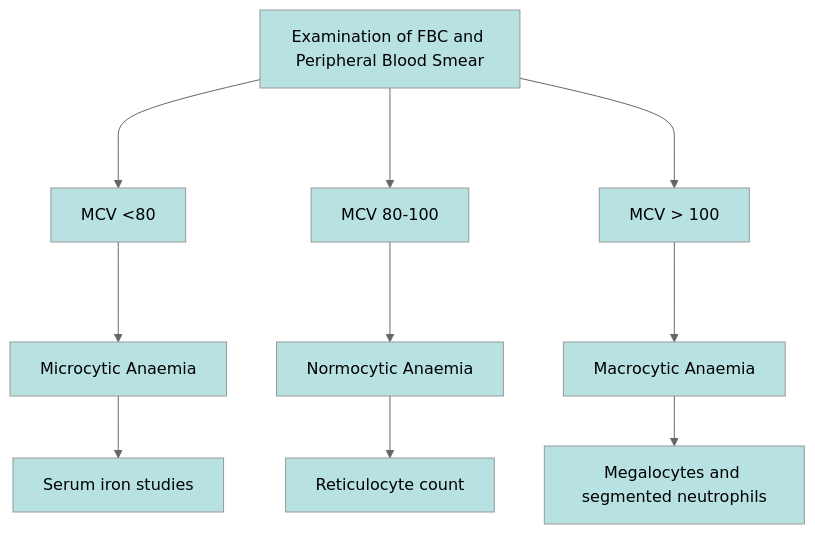
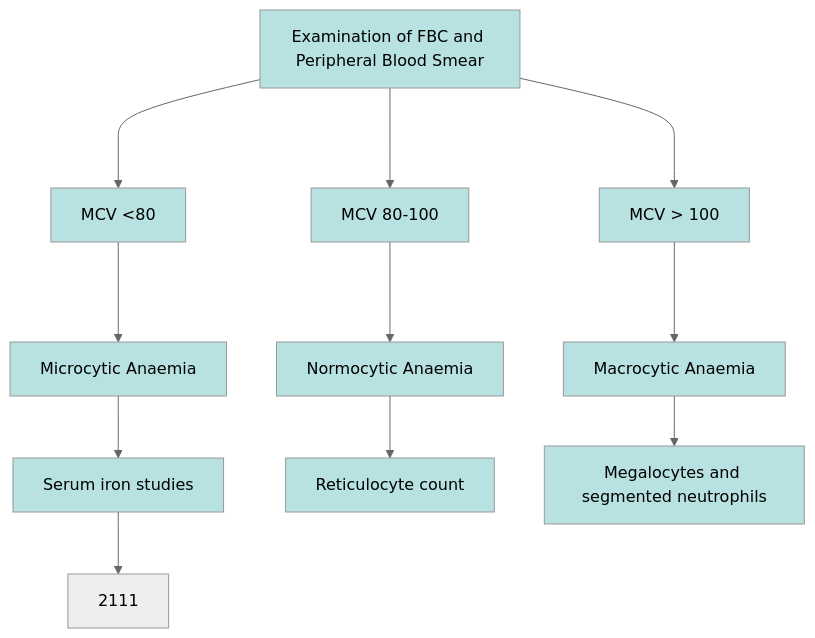
The diagram in Med Notes/Diseases/Haem/Anaemia.md (Ahsome/NIMA-Notes), drawn with Mermaid (neutral theme) before and after one commit.

Commit message:
vault backup: 2023-05-12 19:33:41
Affected files:
Med Notes/Diseases/Haem/Anaemia.md

````diff
--- a/Med Notes/Diseases/Haem/Anaemia.md
+++ b/Med Notes/Diseases/Haem/Anaemia.md
@@ -14,34 +14,34 @@
 ```mermaid
 flowchart TB
 1[Examination of FBC and Peripheral Blood Smear]--->2[MCV <80]
 1---> 3[MCV 80-100]
 1--->4[MCV > 100]
 
 2 ---> 21[Microcytic Anaemia]
 3 ---> 31[Normocytic Anaemia]
 4 ---> 41[Macrocytic Anaemia]
 
 21 --> 211[Serum iron studies]
 31 --> 311[Reticulocyte count]
 41 --> 411[Megalocytes and segmented neutrophils]
 
-
+211 --> 2111
 
 class 21 internal-link
 class 31 internal-link
 class 41 internal-link
 
 style 1 fill:#b8e1e1,color:#000000
 style 2 fill:#b8e1e1,color:#000000
 style 3 fill:#b8e1e1,color:#000000
 style 4 fill:#b8e1e1,color:#000000
 
 style 21 fill:#b8e1e1,color:#000000
 style 31 fill:#b8e1e1,color:#000000
 style 41 fill:#b8e1e1,color:#000000
 
 style 211 fill:#b8e1e1,color:#000000
 style 311 fill:#b8e1e1,color:#000000
 style 411 fill:#b8e1e1,color:#000000
 
 ```
````
